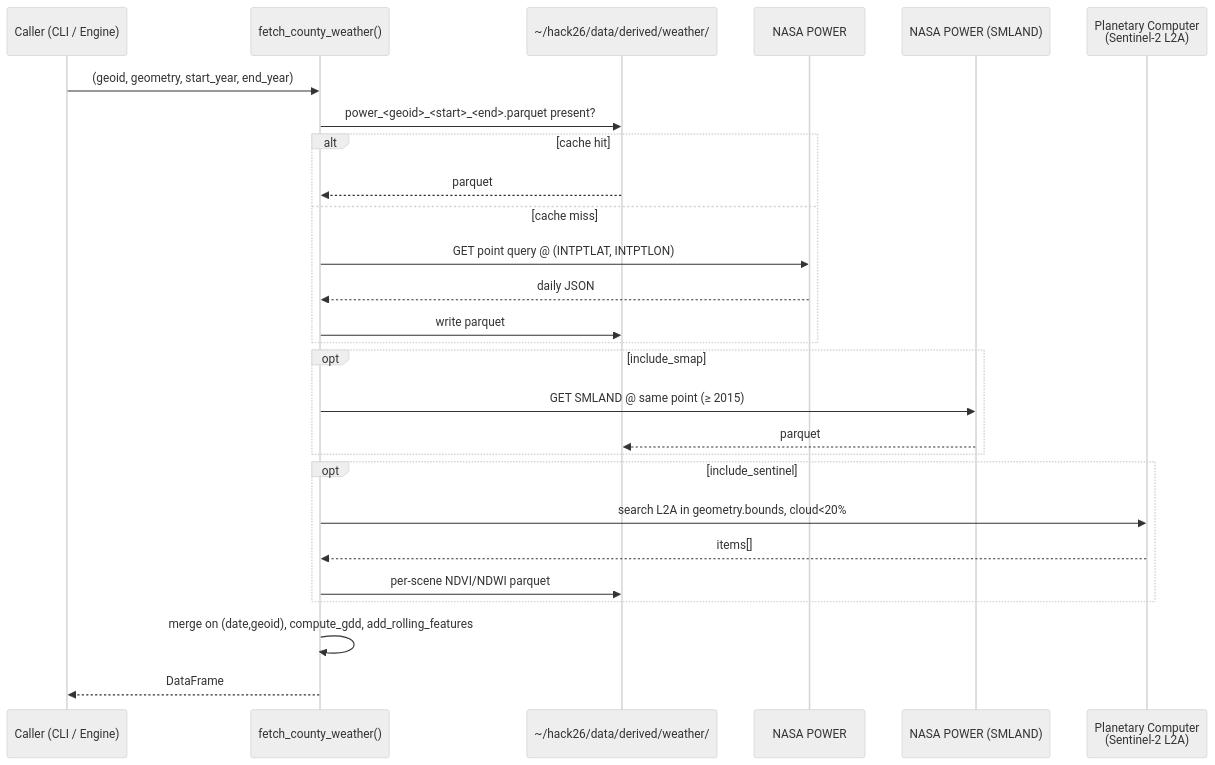
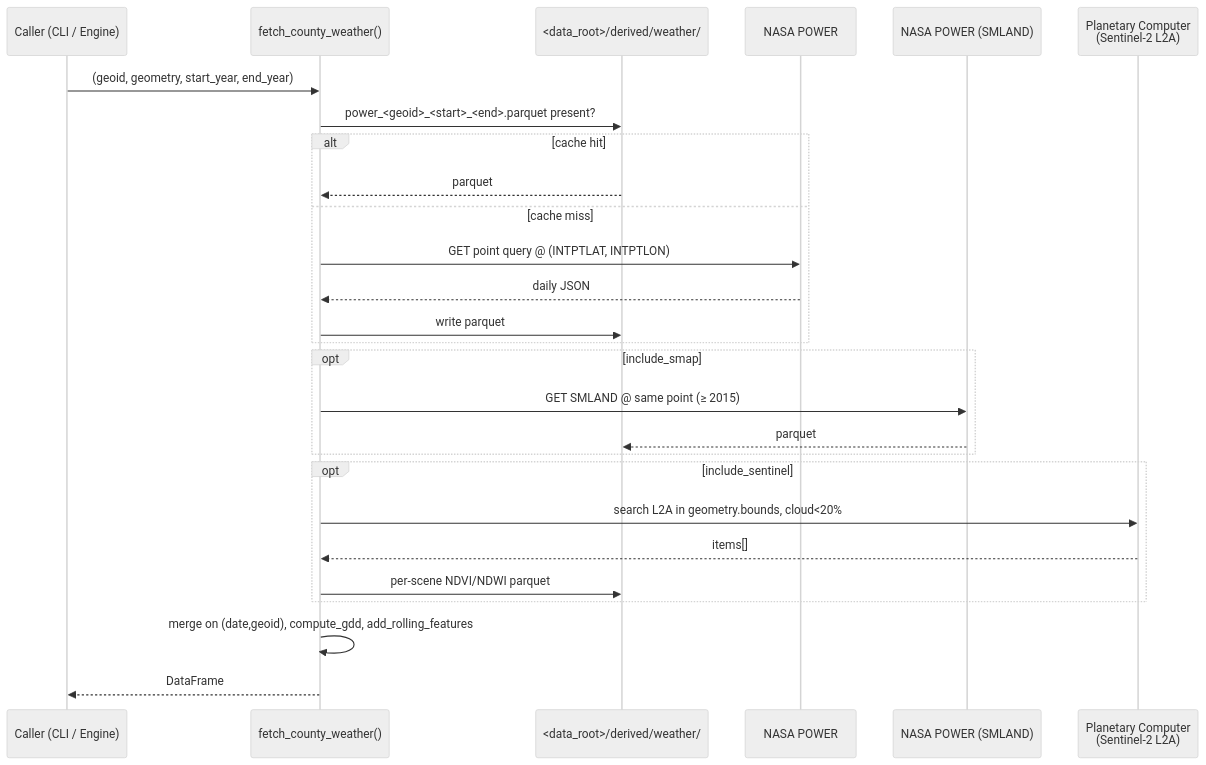
The fourth of 5 diagrams in software/SPEC.md (JakeAum/hack26), drawn with Mermaid (neutral theme) before and after one commit. The commit also changed other lines of this file, not shown here.

````diff
--- a/software/SPEC.md
+++ b/software/SPEC.md
@@ -306,30 +438,30 @@
 ```mermaid
 sequenceDiagram
     participant Caller as Caller (CLI / Engine)
     participant Core as fetch_county_weather()
-    participant Cache as ~/hack26/data/derived/weather/
+    participant Cache as <data_root>/derived/weather/
     participant POWER as NASA POWER
     participant SMAP as NASA POWER (SMLAND)
     participant STAC as Planetary Computer<br/>(Sentinel-2 L2A)
 
     Caller->>Core: (geoid, geometry, start_year, end_year)
     Core->>Cache: power_<geoid>_<start>_<end>.parquet present?
     alt cache hit
         Cache-->>Core: parquet
     else cache miss
         Core->>POWER: GET point query @ (INTPTLAT, INTPTLON)
         POWER-->>Core: daily JSON
         Core->>Cache: write parquet
     end
     opt include_smap
         Core->>SMAP: GET SMLAND @ same point (≥ 2015)
         SMAP-->>Cache: parquet
     end
     opt include_sentinel
         Core->>STAC: search L2A in geometry.bounds, cloud<20%
         STAC-->>Core: items[]
         Core->>Cache: per-scene NDVI/NDWI parquet
     end
     Core->>Core: merge on (date,geoid), compute_gdd, add_rolling_features
     Core-->>Caller: DataFrame
 ```
````
